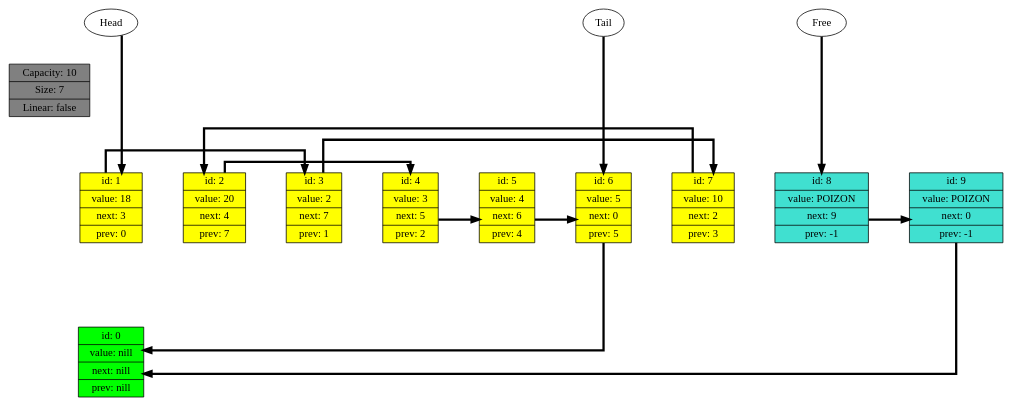
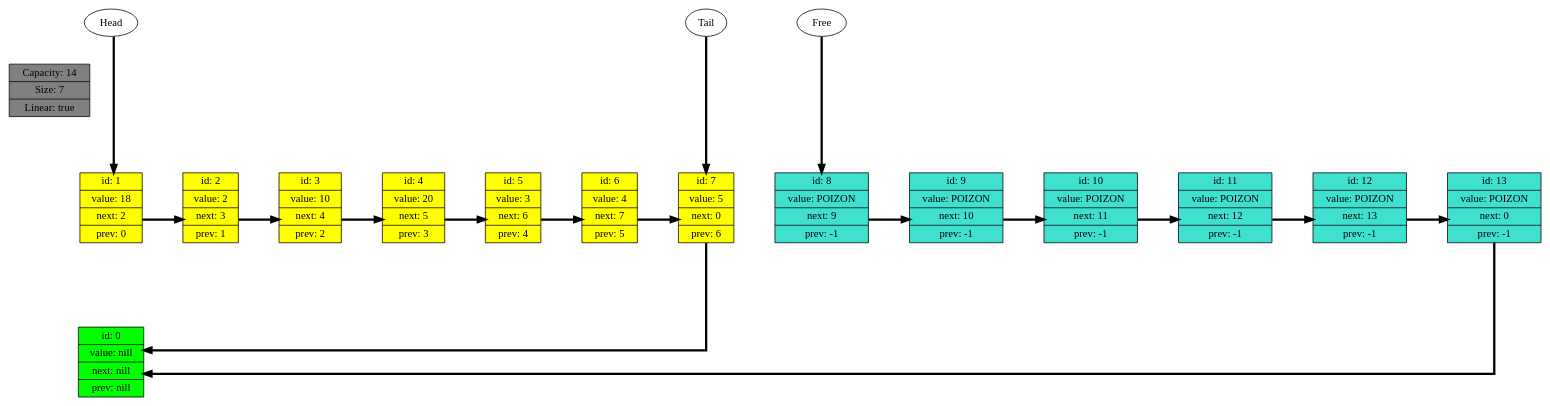
Before and after one commit to vvit19/List: the diagram in data/graph.dot, drawn with Graphviz. The commit also changed 7 other files, not shown here.

```diff
--- a/data/graph.dot
+++ b/data/graph.dot
@@ -1,46 +1,58 @@
 digraph G { rankdir = TB
 splines = ortho; edge[minlen = 3, penwidth = 3];
 
-Info[shape=record, fillcolor="grey", width=0.2, style="filled",label=" {Capacity: 10 | Size: 7 | Linear: false}"] 
+Info[shape=record, fillcolor="grey", width=0.2, style="filled",label=" {Capacity: 14 | Size: 7 | Linear: true}"] 
 
 {rank = max; node0[shape=record, width=0.2, style="filled", fillcolor="Lime",label=" {id: 0 | value: nill | next: nill | prev: nill}"]} 
  
 {rank = same;
-node1[shape=record, width=0.2, style="filled", fillcolor="yellow",label=" {id: 1 | value: 18 | next: 3 | prev: 0}"] 
+node1[shape=record, width=0.2, style="filled", fillcolor="yellow",label=" {id: 1 | value: 18 | next: 2 | prev: 0}"] 
  
-node2[shape=record, width=0.2, style="filled", fillcolor="yellow",label=" {id: 2 | value: 20 | next: 4 | prev: 7}"] 
+node2[shape=record, width=0.2, style="filled", fillcolor="yellow",label=" {id: 2 | value: 2 | next: 3 | prev: 1}"] 
  
-node3[shape=record, width=0.2, style="filled", fillcolor="yellow",label=" {id: 3 | value: 2 | next: 7 | prev: 1}"] 
+node3[shape=record, width=0.2, style="filled", fillcolor="yellow",label=" {id: 3 | value: 10 | next: 4 | prev: 2}"] 
  
-node4[shape=record, width=0.2, style="filled", fillcolor="yellow",label=" {id: 4 | value: 3 | next: 5 | prev: 2}"] 
+node4[shape=record, width=0.2, style="filled", fillcolor="yellow",label=" {id: 4 | value: 20 | next: 5 | prev: 3}"] 
  
-node5[shape=record, width=0.2, style="filled", fillcolor="yellow",label=" {id: 5 | value: 4 | next: 6 | prev: 4}"] 
+node5[shape=record, width=0.2, style="filled", fillcolor="yellow",label=" {id: 5 | value: 3 | next: 6 | prev: 4}"] 
  
-node6[shape=record, width=0.2, style="filled", fillcolor="yellow",label=" {id: 6 | value: 5 | next: 0 | prev: 5}"] 
+node6[shape=record, width=0.2, style="filled", fillcolor="yellow",label=" {id: 6 | value: 4 | next: 7 | prev: 5}"] 
  
-node7[shape=record, width=0.2, style="filled", fillcolor="yellow",label=" {id: 7 | value: 10 | next: 2 | prev: 3}"] 
+node7[shape=record, width=0.2, style="filled", fillcolor="yellow",label=" {id: 7 | value: 5 | next: 0 | prev: 6}"] 
  
 node8[shape=record, width=0.2, style="filled", fillcolor="Turquoise",label=" {id: 8 | value: POIZON | next: 9 | prev: -1}"] 
  
-node9[shape=record, width=0.2, style="filled", fillcolor="Turquoise",label=" {id: 9 | value: POIZON | next: 0 | prev: -1}"] 
+node9[shape=record, width=0.2, style="filled", fillcolor="Turquoise",label=" {id: 9 | value: POIZON | next: 10 | prev: -1}"] 
+ 
+node10[shape=record, width=0.2, style="filled", fillcolor="Turquoise",label=" {id: 10 | value: POIZON | next: 11 | prev: -1}"] 
+ 
+node11[shape=record, width=0.2, style="filled", fillcolor="Turquoise",label=" {id: 11 | value: POIZON | next: 12 | prev: -1}"] 
+ 
+node12[shape=record, width=0.2, style="filled", fillcolor="Turquoise",label=" {id: 12 | value: POIZON | next: 13 | prev: -1}"] 
+ 
+node13[shape=record, width=0.2, style="filled", fillcolor="Turquoise",label=" {id: 13 | value: POIZON | next: 0 | prev: -1}"] 
  
 }
 Free->node8
 Head->node1
-Tail->node6
+Tail->node7
 
 edge[style=invis, constraint = true]
-node0 -> node1 -> node2 -> node3 -> node4 -> node5 -> node6 -> node7 -> node8 -> node9[style=invis, weight = 10000];
+node0 -> node1 -> node2 -> node3 -> node4 -> node5 -> node6 -> node7 -> node8 -> node9 -> node10 -> node11 -> node12 -> node13[style=invis, weight = 10000];
 
 edge[style=solid, constraint = false]
-node1 -> node3;
-node2 -> node4;
-node3 -> node7;
+node1 -> node2;
+node2 -> node3;
+node3 -> node4;
 node4 -> node5;
 node5 -> node6;
-node6 -> node0;
-node7 -> node2;
+node6 -> node7;
+node7 -> node0;
 node8 -> node9;
-node9 -> node0;
+node9 -> node10;
+node10 -> node11;
+node11 -> node12;
+node12 -> node13;
+node13 -> node0;
 
 }
```
